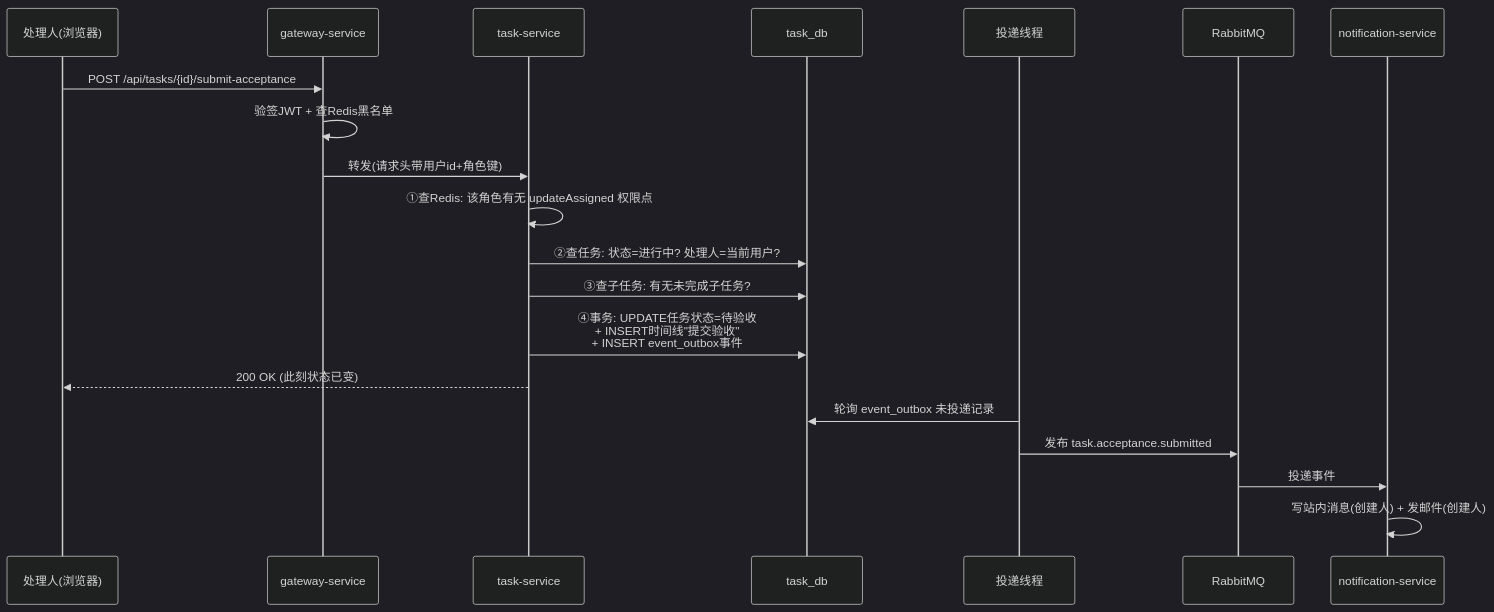
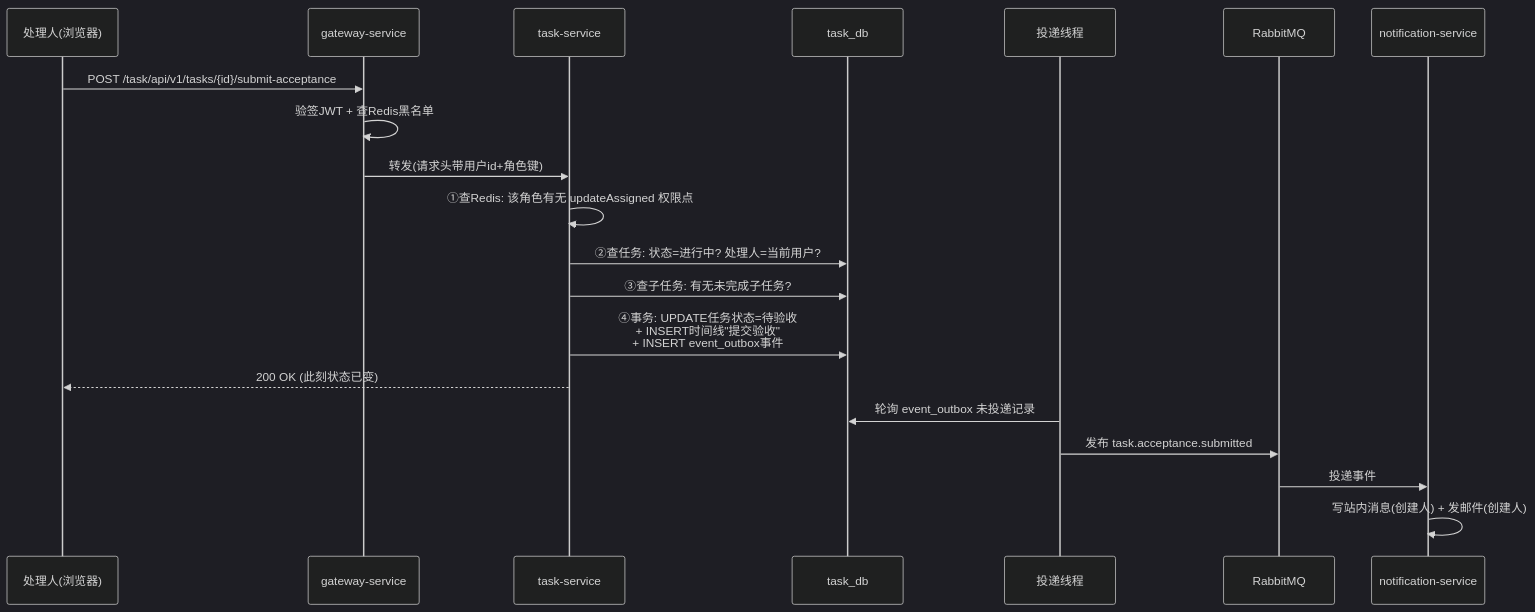
One commit to Mosslau/TaskFlow changed the third of 3 diagrams in docs/架构设计文档-v1.0.md. Above: the diagram before and after it, drawn with Mermaid (dark theme). The commit also changed other lines of this file and 1 other file, not shown here.

Commit message:
docs: 接口路径统一为 /{服务模块}/api/v1/ 形式（模块前缀 + 版本号），架构文档同步

````diff
--- a/docs/架构设计文档-v1.0.md
+++ b/docs/架构设计文档-v1.0.md
@@ -157,23 +157,23 @@
 ```mermaid
 sequenceDiagram
     participant U as 处理人(浏览器)
     participant GW as gateway-service
     participant TS as task-service
     participant DB as task_db
     participant OUT as 投递线程
     participant MQ as RabbitMQ
     participant NS as notification-service
 
-    U->>GW: POST /api/tasks/{id}/submit-acceptance
+    U->>GW: POST /task/api/v1/tasks/{id}/submit-acceptance
     GW->>GW: 验签JWT + 查Redis黑名单
     GW->>TS: 转发(请求头带用户id+角色键)
     TS->>TS: ①查Redis: 该角色有无 updateAssigned 权限点
     TS->>DB: ②查任务: 状态=进行中? 处理人=当前用户?
     TS->>DB: ③查子任务: 有无未完成子任务?
     TS->>DB: ④事务: UPDATE任务状态=待验收<br/>+ INSERT时间线"提交验收"<br/>+ INSERT event_outbox事件
     TS-->>U: 200 OK (此刻状态已变)
     OUT->>DB: 轮询 event_outbox 未投递记录
     OUT->>MQ: 发布 task.acceptance.submitted
     MQ->>NS: 投递事件
     NS->>NS: 写站内消息(创建人) + 发邮件(创建人)
 ```
````
